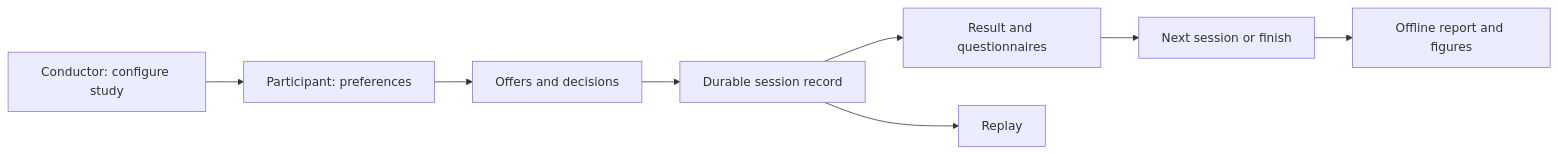
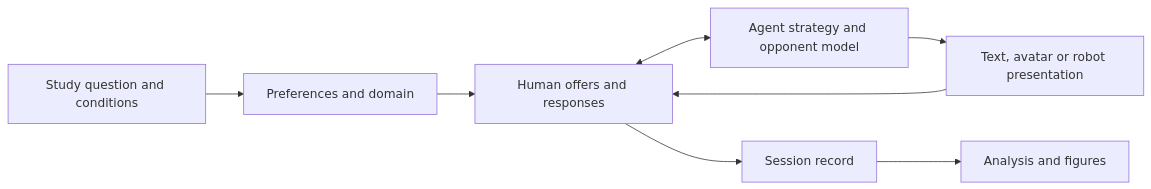
One commit to monurkeskin/NEGOTIATOR changed the diagram in README.md. Above: the diagram before and after it, drawn with Mermaid. The commit also changed other lines of this file and 10 other files, not shown here.

````diff
--- a/README.md
+++ b/README.md
@@ -51,10 +32,10 @@
 ```mermaid
 flowchart LR
-  A[Conductor: configure study] --> B[Participant: preferences]
-  B --> C[Offers and decisions]
-  C --> D[Durable session record]
-  D --> E[Result and questionnaires]
-  E --> F[Next session or finish]
-  F --> G[Offline report and figures]
-  D --> H[Replay]
+  A[Study question and conditions] --> B[Preferences and domain]
+  B --> C[Human offers and responses]
+  C <--> D[Agent strategy and opponent model]
+  D --> E[Text, avatar or robot presentation]
+  E --> C
+  C --> F[Session record]
+  F --> G[Analysis and figures]
 ```
````
